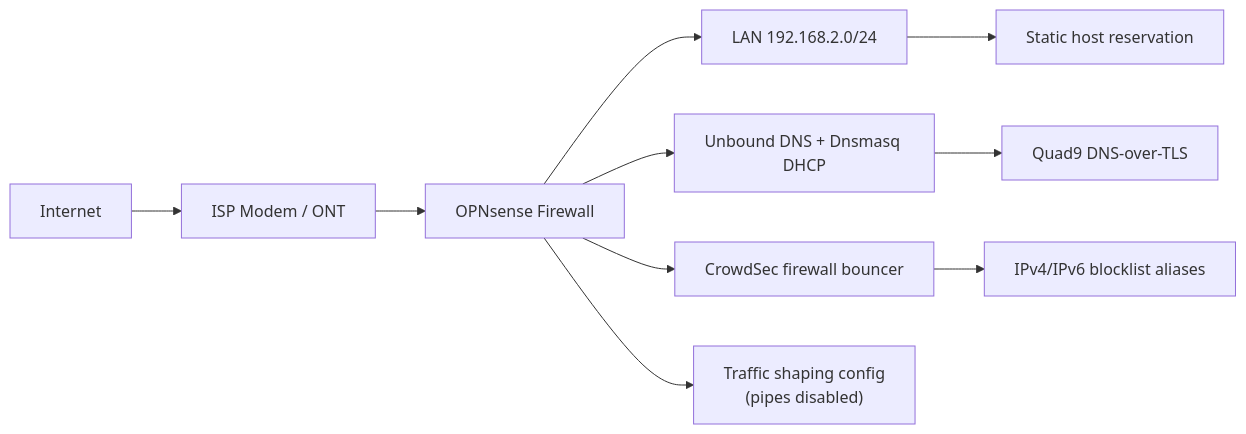
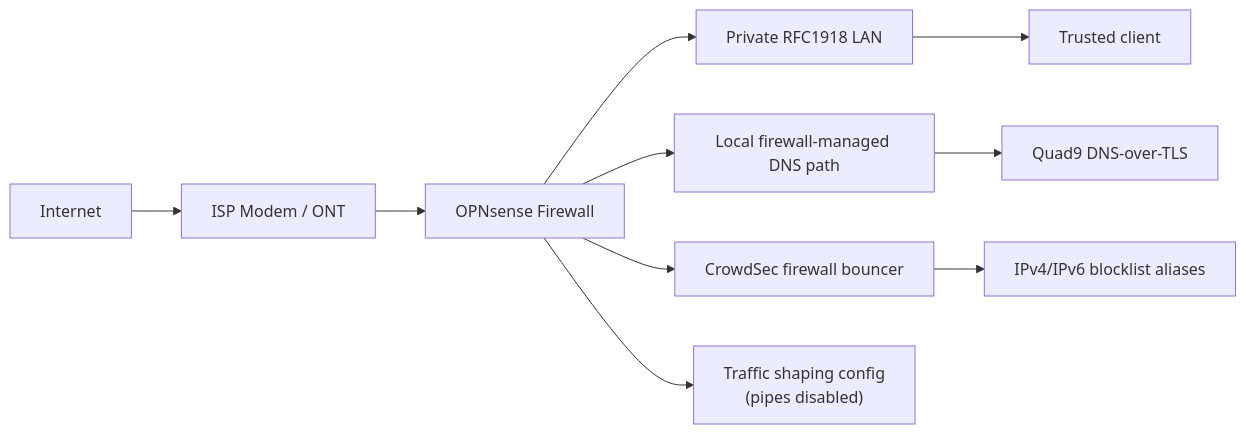
One commit to srkyn/home-network-security changed the first of 2 diagrams in README.md. Above: the diagram before and after it, drawn with Mermaid. The commit also changed other lines of this file and 3 other files, not shown here.

````diff
--- a/README.md
+++ b/README.md
@@ -28,13 +28,13 @@
 ```mermaid
 flowchart LR
     Internet["Internet"] --> Modem["ISP Modem / ONT"]
     Modem --> Firewall["OPNsense Firewall"]
-    Firewall --> LAN["LAN 192.168.2.0/24"]
-    Firewall --> DNS["Unbound DNS + Dnsmasq DHCP"]
+    Firewall --> LAN["Private RFC1918 LAN"]
+    Firewall --> DNS["Local firewall-managed DNS path"]
     Firewall --> CrowdSec["CrowdSec firewall bouncer"]
     Firewall --> Shaper["Traffic shaping config<br/>(pipes disabled)"]
 
-    LAN --> Workstation["Static host reservation"]
+    LAN --> ClientHost["Trusted client"]
     DNS --> Quad9["Quad9 DNS-over-TLS"]
     CrowdSec --> Blocklists["IPv4/IPv6 blocklist aliases"]
 ```
````
